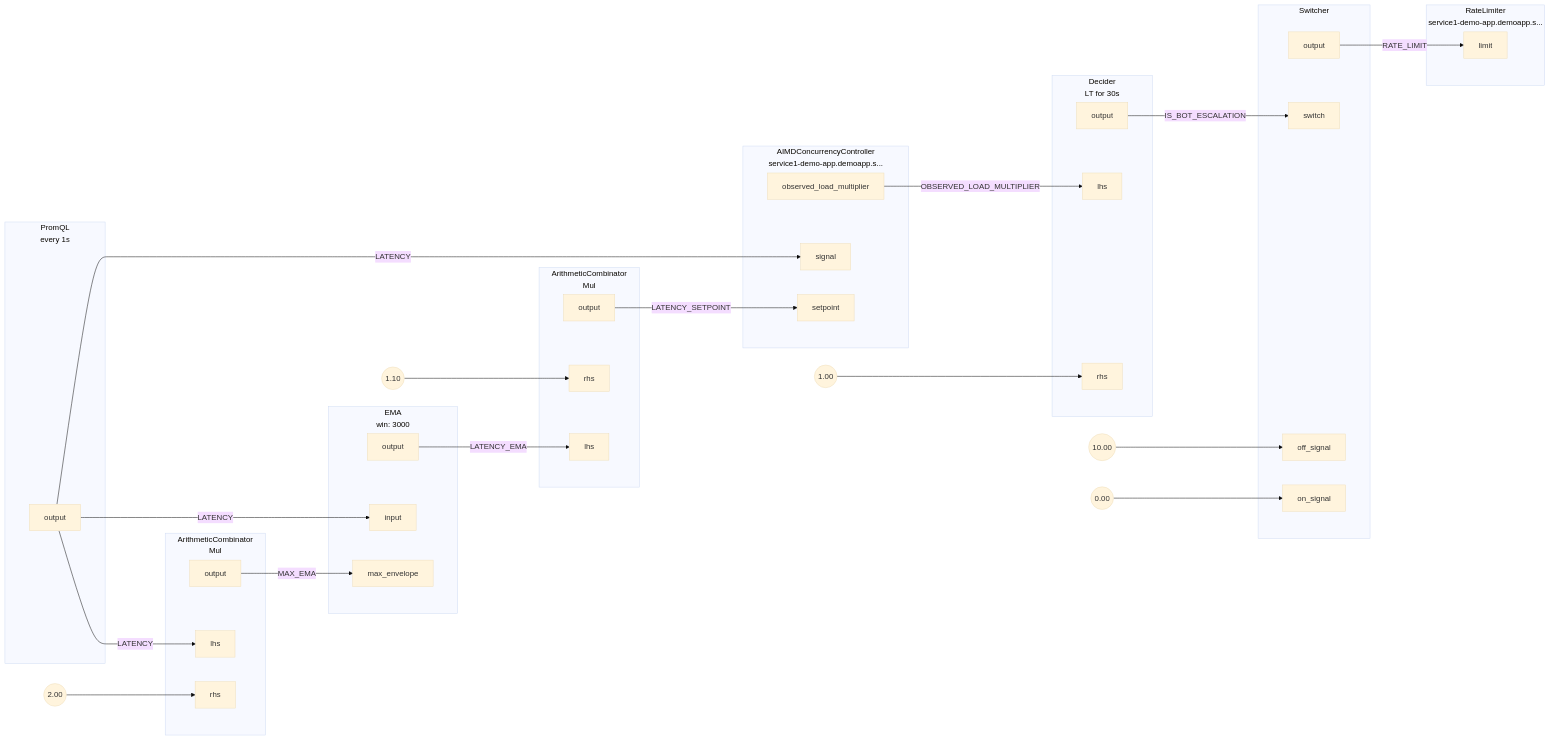
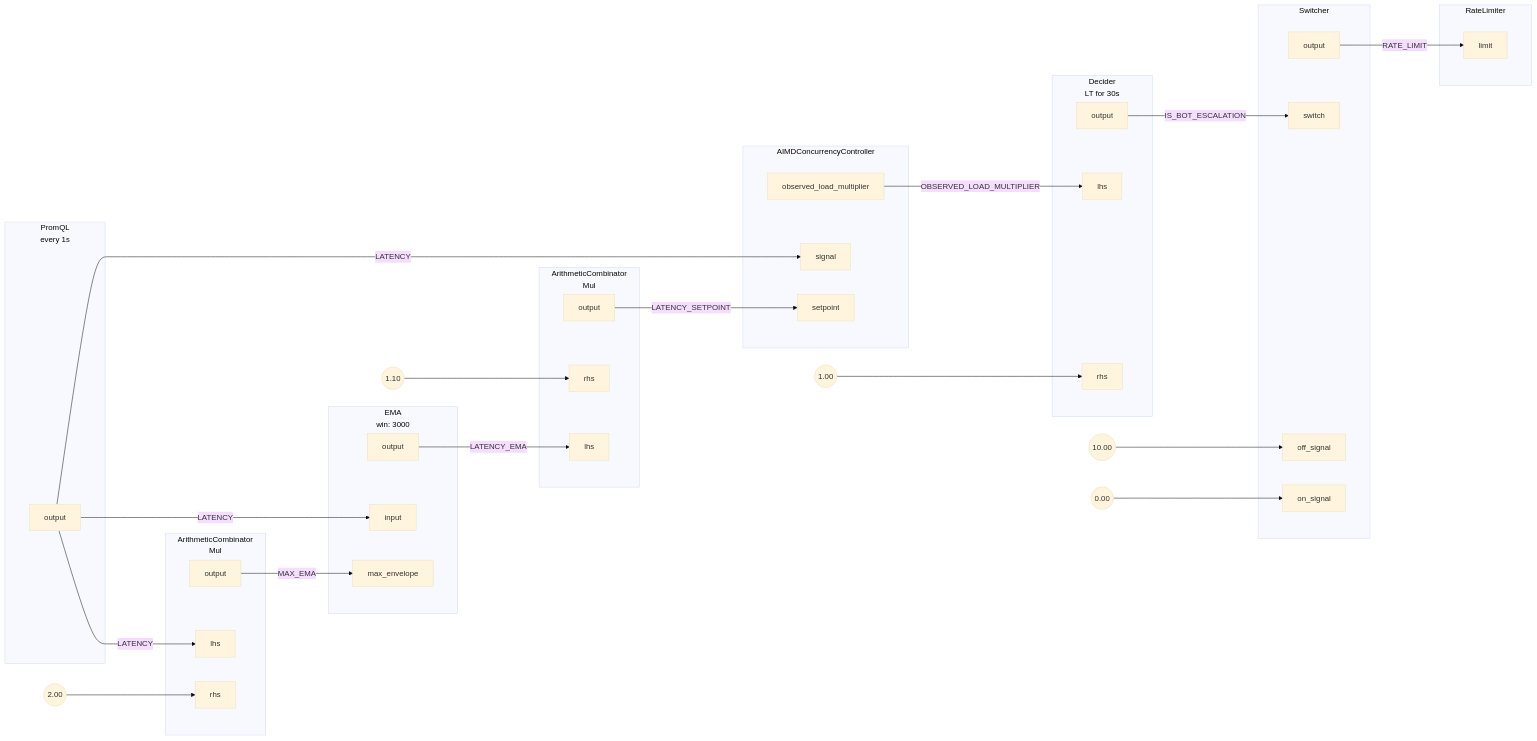
The diagram in docs/content/tutorials/flow-control/concurrency-limiting/assets/rate-limiting-escalation/rate-limiting-escalation.mmd (fluxninja/aperture), drawn with Mermaid (base theme) before and after one commit. The commit also changed 41 other files, not shown here.

First line of the commit message:
Update `FlowSelector` proto

```diff
--- a/docs/content/tutorials/flow-control/concurrency-limiting/assets/rate-limiting-escalation/rate-limiting-escalation.mmd
+++ b/docs/content/tutorials/flow-control/concurrency-limiting/assets/rate-limiting-escalation/rate-limiting-escalation.mmd
@@ -1,99 +1,99 @@
 flowchart LR
 subgraph root.0[<center>PromQL<br/>every 1s</center>]
 subgraph root.0_outports[ ]
 style root.0_outports fill:none,stroke:none
 root.0output[output]
 end
 end
 subgraph root.1[<center>ArithmeticCombinator<br/>Mul</center>]
 subgraph root.1_inports[ ]
 style root.1_inports fill:none,stroke:none
 root.1lhs[lhs]
 root.1rhs[rhs]
 end
 subgraph root.1_outports[ ]
 style root.1_outports fill:none,stroke:none
 root.1output[output]
 end
 end
 root.1_rhs_FakeConstantout((2.00))
 subgraph root.2[<center>ArithmeticCombinator<br/>Mul</center>]
 subgraph root.2_inports[ ]
 style root.2_inports fill:none,stroke:none
 root.2lhs[lhs]
 root.2rhs[rhs]
 end
 subgraph root.2_outports[ ]
 style root.2_outports fill:none,stroke:none
 root.2output[output]
 end
 end
 root.2_rhs_FakeConstantout((1.10))
 subgraph root.3[<center>EMA<br/>win: 3000</center>]
 subgraph root.3_inports[ ]
 style root.3_inports fill:none,stroke:none
 root.3input[input]
 root.3max_envelope[max_envelope]
 end
 subgraph root.3_outports[ ]
 style root.3_outports fill:none,stroke:none
 root.3output[output]
 end
 end
-subgraph root.4[<center>AIMDConcurrencyController<br/>service1-demo-app.demoapp.s...</center>]
+subgraph root.4[AIMDConcurrencyController]
 subgraph root.4_inports[ ]
 style root.4_inports fill:none,stroke:none
 root.4setpoint[setpoint]
 root.4signal[signal]
 end
 subgraph root.4_outports[ ]
 style root.4_outports fill:none,stroke:none
 root.4observed_load_multiplier[observed_load_multiplier]
 end
 end
 subgraph root.5[<center>Decider<br/>LT for 30s</center>]
 subgraph root.5_inports[ ]
 style root.5_inports fill:none,stroke:none
 root.5lhs[lhs]
 root.5rhs[rhs]
 end
 subgraph root.5_outports[ ]
 style root.5_outports fill:none,stroke:none
 root.5output[output]
 end
 end
 root.5_rhs_FakeConstantout((1.00))
 subgraph root.6[Switcher]
 subgraph root.6_inports[ ]
 style root.6_inports fill:none,stroke:none
 root.6off_signal[off_signal]
 root.6on_signal[on_signal]
 root.6switch[switch]
 end
 subgraph root.6_outports[ ]
 style root.6_outports fill:none,stroke:none
 root.6output[output]
 end
 end
 root.6_off_signal_FakeConstantout((10.00))
 root.6_on_signal_FakeConstantout((0.00))
-subgraph root.7[<center>RateLimiter<br/>service1-demo-app.demoapp.s...</center>]
+subgraph root.7[RateLimiter]
 subgraph root.7_inports[ ]
 style root.7_inports fill:none,stroke:none
 root.7limit[limit]
 end
 end
 root.0output --> |LATENCY| root.1lhs
 root.0output --> |LATENCY| root.3input
 root.0output --> |LATENCY| root.4signal
 root.1output --> |MAX_EMA| root.3max_envelope
 root.1_rhs_FakeConstantout --> root.1rhs
 root.2output --> |LATENCY_SETPOINT| root.4setpoint
 root.2_rhs_FakeConstantout --> root.2rhs
 root.3output --> |LATENCY_EMA| root.2lhs
 root.4observed_load_multiplier --> |OBSERVED_LOAD_MULTIPLIER| root.5lhs
 root.5output --> |IS_BOT_ESCALATION| root.6switch
 root.5_rhs_FakeConstantout --> root.5rhs
 root.6_off_signal_FakeConstantout --> root.6off_signal
 root.6_on_signal_FakeConstantout --> root.6on_signal
 root.6output --> |RATE_LIMIT| root.7limit
```
